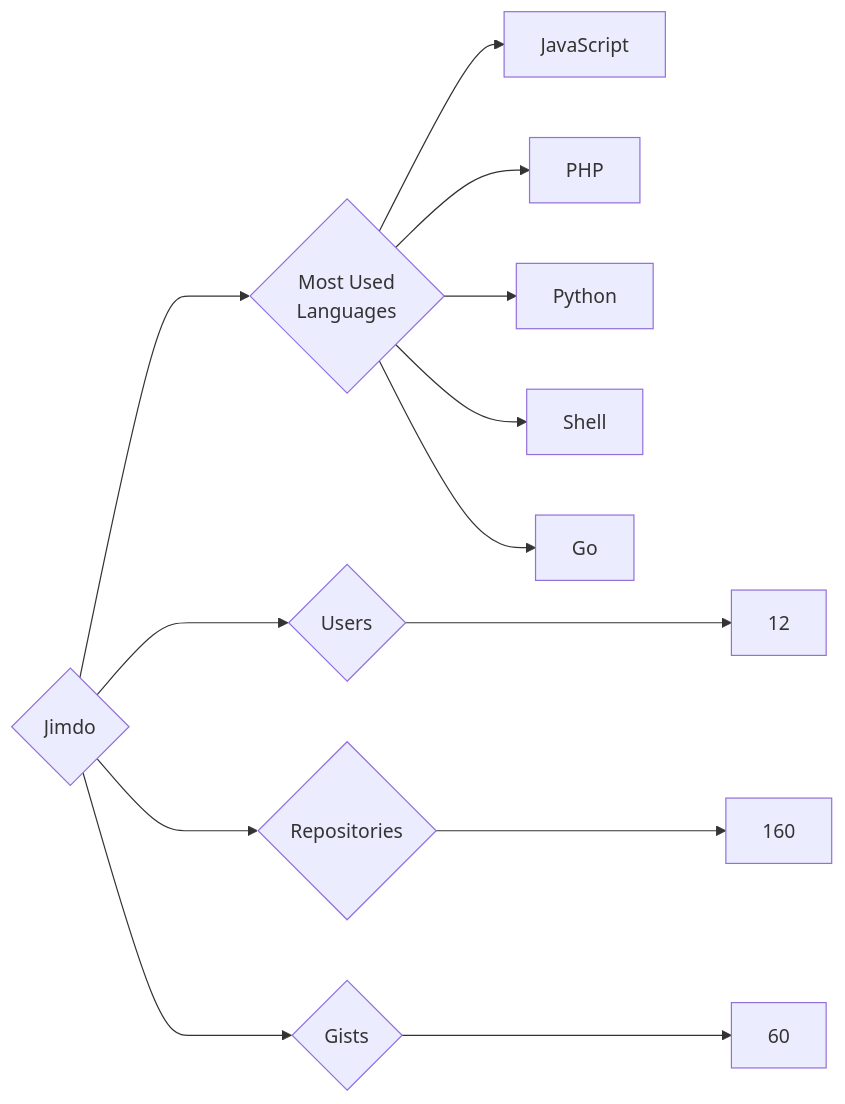
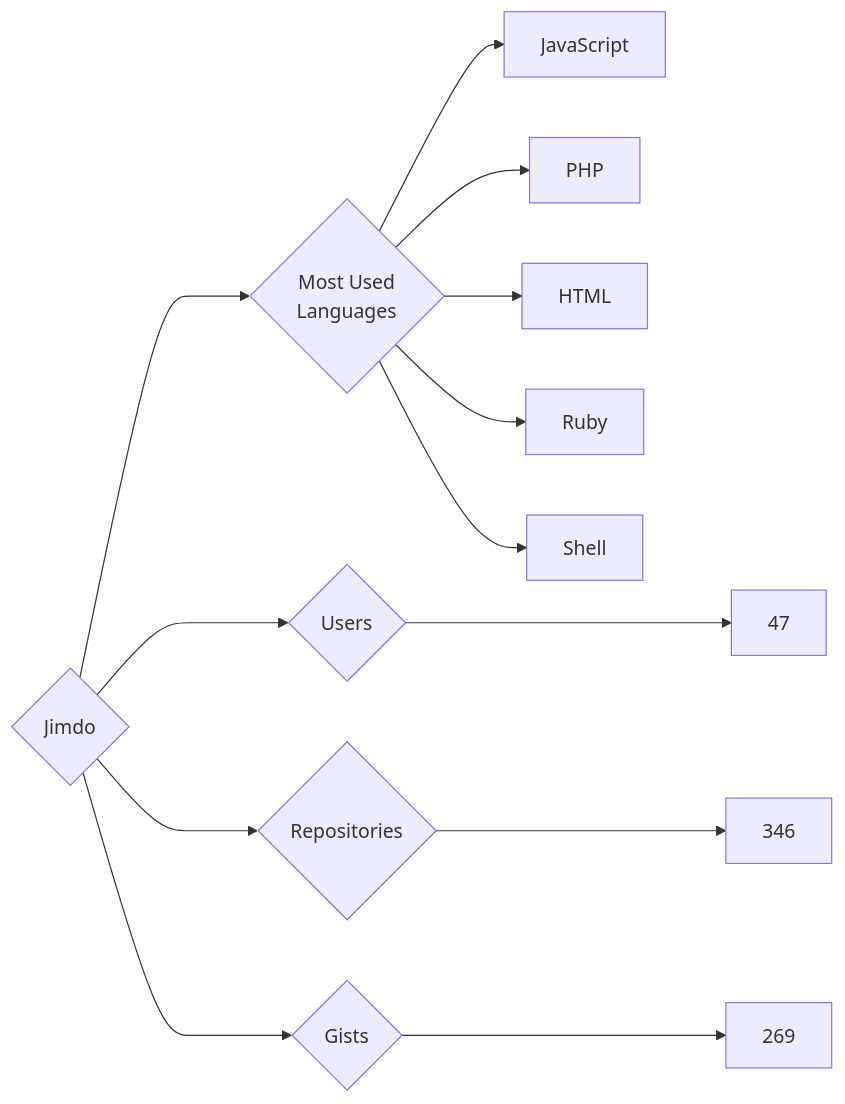
The diagram in targets/Jimdo/README.md (trickest/insiders), drawn with Mermaid before and after one commit. The commit also changed 1496 other files, not shown here.

````diff
--- a/targets/Jimdo/README.md
+++ b/targets/Jimdo/README.md
@@ -3,13 +3,13 @@
 ```mermaid
 graph LR
 COMPANY_NAME{Jimdo}
-COMPANY_NAME ---> U{Users} ---> UN[12]
-COMPANY_NAME ---> R{Repositories} ---> RN[160]
-COMPANY_NAME ---> G{Gists} ---> GN[60]
+COMPANY_NAME ---> U{Users} ---> UN[47]
+COMPANY_NAME ---> R{Repositories} ---> RN[346]
+COMPANY_NAME ---> G{Gists} ---> GN[269]
 COMPANY_NAME ---> ML{Most Used<br>Languages}
 ML --> JavaScript[JavaScript]
 ML --> PHP[PHP]
-ML --> Python[Python]
+ML --> HTML[HTML]
+ML --> Ruby[Ruby]
 ML --> Shell[Shell]
-ML --> Go[Go]
 ```
````
